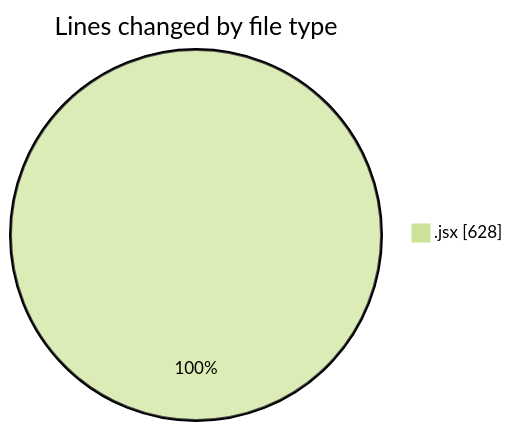
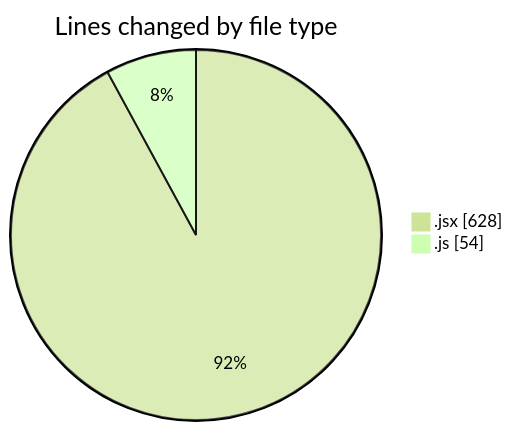
Before and after one commit to nxtqubesakshisongat/code-tracking: the first of 2 diagrams in 2025-06-25/nxtqube_webapp/README.md, drawn with Mermaid (forest theme). The commit also changed other lines of this file and 1 other file, not shown here.

````diff
--- a/2025-06-25/nxtqube_webapp/README.md
+++ b/2025-06-25/nxtqube_webapp/README.md
@@ -20,5 +21,6 @@
 ```mermaid
 pie showData
 title Lines changed by file type
 ".jsx" : 628
+".js" : 54
 ```
````
